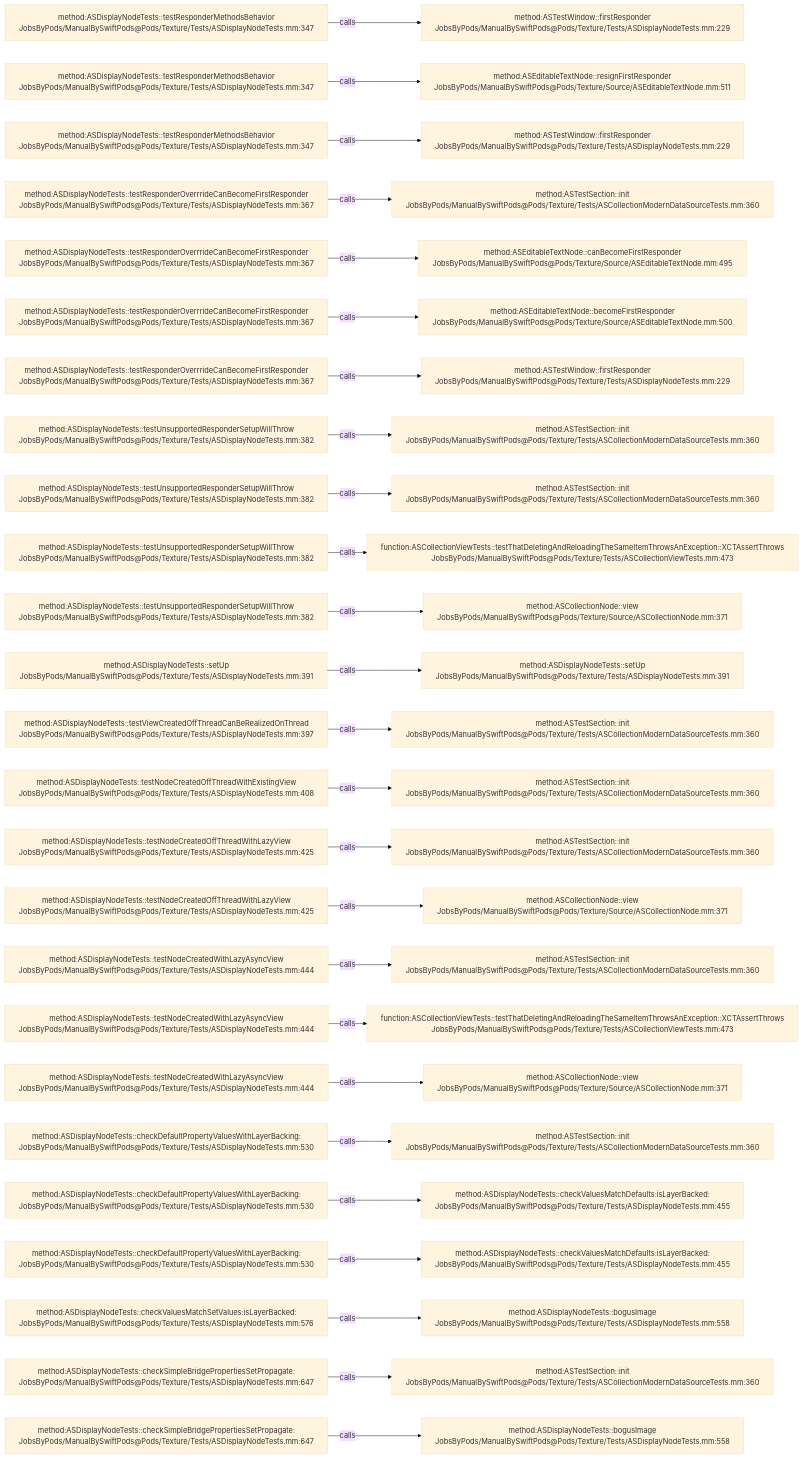
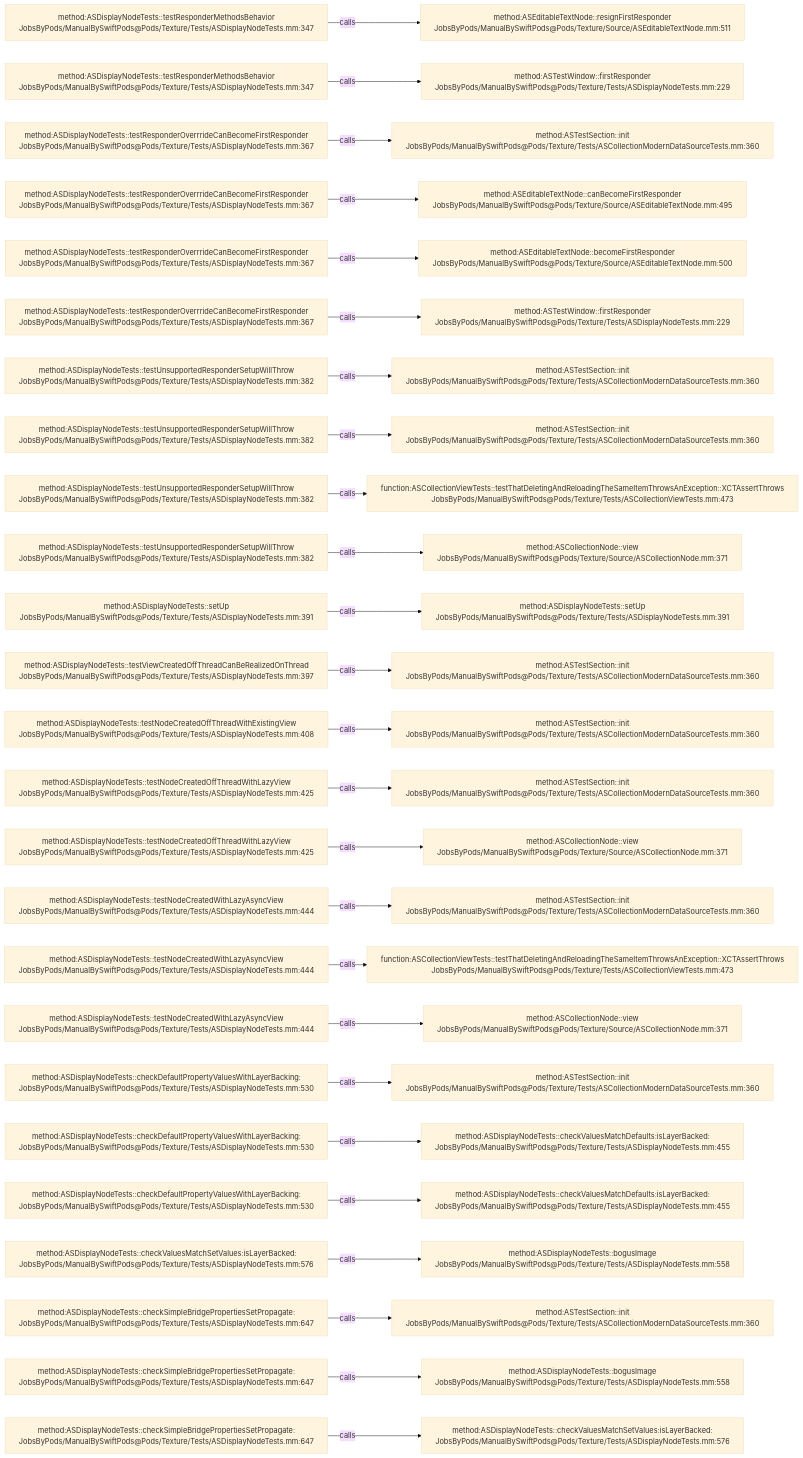
One commit to JobsKits/JobsSwiftBaseConfigDemo changed the diagram in .codegraph/codegraph.md/graphs/calls-187.md. Above: the diagram before and after it, drawn with Mermaid (base theme). The commit also changed 747 other files, not shown here.

````diff
--- a/.codegraph/codegraph.md/graphs/calls-187.md
+++ b/.codegraph/codegraph.md/graphs/calls-187.md
@@ -13,78 +13,78 @@
 ```mermaid
 flowchart LR
   S1["method:ASDisplayNodeTests::testResponderMethodsBehavior<br/>JobsByPods/ManualBySwiftPods@Pods/Texture/Tests/ASDisplayNodeTests.mm:347"]
-  T1["method:ASTestWindow::firstResponder<br/>JobsByPods/ManualBySwiftPods@Pods/Texture/Tests/ASDisplayNodeTests.mm:229"]
+  T1["method:ASEditableTextNode::resignFirstResponder<br/>JobsByPods/ManualBySwiftPods@Pods/Texture/Source/ASEditableTextNode.mm:511"]
   S1 -->|calls| T1
   S2["method:ASDisplayNodeTests::testResponderMethodsBehavior<br/>JobsByPods/ManualBySwiftPods@Pods/Texture/Tests/ASDisplayNodeTests.mm:347"]
-  T2["method:ASEditableTextNode::resignFirstResponder<br/>JobsByPods/ManualBySwiftPods@Pods/Texture/Source/ASEditableTextNode.mm:511"]
+  T2["method:ASTestWindow::firstResponder<br/>JobsByPods/ManualBySwiftPods@Pods/Texture/Tests/ASDisplayNodeTests.mm:229"]
   S2 -->|calls| T2
-  S3["method:ASDisplayNodeTests::testResponderMethodsBehavior<br/>JobsByPods/ManualBySwiftPods@Pods/Texture/Tests/ASDisplayNodeTests.mm:347"]
-  T3["method:ASTestWindow::firstResponder<br/>JobsByPods/ManualBySwiftPods@Pods/Texture/Tests/ASDisplayNodeTests.mm:229"]
+  S3["method:ASDisplayNodeTests::testResponderOverrrideCanBecomeFirstResponder<br/>JobsByPods/ManualBySwiftPods@Pods/Texture/Tests/ASDisplayNodeTests.mm:367"]
+  T3["method:ASTestSection::init<br/>JobsByPods/ManualBySwiftPods@Pods/Texture/Tests/ASCollectionModernDataSourceTests.mm:360"]
   S3 -->|calls| T3
   S4["method:ASDisplayNodeTests::testResponderOverrrideCanBecomeFirstResponder<br/>JobsByPods/ManualBySwiftPods@Pods/Texture/Tests/ASDisplayNodeTests.mm:367"]
-  T4["method:ASTestSection::init<br/>JobsByPods/ManualBySwiftPods@Pods/Texture/Tests/ASCollectionModernDataSourceTests.mm:360"]
+  T4["method:ASEditableTextNode::canBecomeFirstResponder<br/>JobsByPods/ManualBySwiftPods@Pods/Texture/Source/ASEditableTextNode.mm:495"]
   S4 -->|calls| T4
   S5["method:ASDisplayNodeTests::testResponderOverrrideCanBecomeFirstResponder<br/>JobsByPods/ManualBySwiftPods@Pods/Texture/Tests/ASDisplayNodeTests.mm:367"]
-  T5["method:ASEditableTextNode::canBecomeFirstResponder<br/>JobsByPods/ManualBySwiftPods@Pods/Texture/Source/ASEditableTextNode.mm:495"]
+  T5["method:ASEditableTextNode::becomeFirstResponder<br/>JobsByPods/ManualBySwiftPods@Pods/Texture/Source/ASEditableTextNode.mm:500"]
   S5 -->|calls| T5
   S6["method:ASDisplayNodeTests::testResponderOverrrideCanBecomeFirstResponder<br/>JobsByPods/ManualBySwiftPods@Pods/Texture/Tests/ASDisplayNodeTests.mm:367"]
-  T6["method:ASEditableTextNode::becomeFirstResponder<br/>JobsByPods/ManualBySwiftPods@Pods/Texture/Source/ASEditableTextNode.mm:500"]
+  T6["method:ASTestWindow::firstResponder<br/>JobsByPods/ManualBySwiftPods@Pods/Texture/Tests/ASDisplayNodeTests.mm:229"]
   S6 -->|calls| T6
-  S7["method:ASDisplayNodeTests::testResponderOverrrideCanBecomeFirstResponder<br/>JobsByPods/ManualBySwiftPods@Pods/Texture/Tests/ASDisplayNodeTests.mm:367"]
-  T7["method:ASTestWindow::firstResponder<br/>JobsByPods/ManualBySwiftPods@Pods/Texture/Tests/ASDisplayNodeTests.mm:229"]
+  S7["method:ASDisplayNodeTests::testUnsupportedResponderSetupWillThrow<br/>JobsByPods/ManualBySwiftPods@Pods/Texture/Tests/ASDisplayNodeTests.mm:382"]
+  T7["method:ASTestSection::init<br/>JobsByPods/ManualBySwiftPods@Pods/Texture/Tests/ASCollectionModernDataSourceTests.mm:360"]
   S7 -->|calls| T7
   S8["method:ASDisplayNodeTests::testUnsupportedResponderSetupWillThrow<br/>JobsByPods/ManualBySwiftPods@Pods/Texture/Tests/ASDisplayNodeTests.mm:382"]
   T8["method:ASTestSection::init<br/>JobsByPods/ManualBySwiftPods@Pods/Texture/Tests/ASCollectionModernDataSourceTests.mm:360"]
   S8 -->|calls| T8
   S9["method:ASDisplayNodeTests::testUnsupportedResponderSetupWillThrow<br/>JobsByPods/ManualBySwiftPods@Pods/Texture/Tests/ASDisplayNodeTests.mm:382"]
-  T9["method:ASTestSection::init<br/>JobsByPods/ManualBySwiftPods@Pods/Texture/Tests/ASCollectionModernDataSourceTests.mm:360"]
+  T9["function:ASCollectionViewTests::testThatDeletingAndReloadingTheSameItemThrowsAnException::XCTAssertThrows<br/>JobsByPods/ManualBySwiftPods@Pods/Texture/Tests/ASCollectionViewTests.mm:473"]
   S9 -->|calls| T9
   S10["method:ASDisplayNodeTests::testUnsupportedResponderSetupWillThrow<br/>JobsByPods/ManualBySwiftPods@Pods/Texture/Tests/ASDisplayNodeTests.mm:382"]
-  T10["function:ASCollectionViewTests::testThatDeletingAndReloadingTheSameItemThrowsAnException::XCTAssertThrows<br/>JobsByPods/ManualBySwiftPods@Pods/Texture/Tests/ASCollectionViewTests.mm:473"]
+  T10["method:ASCollectionNode::view<br/>JobsByPods/ManualBySwiftPods@Pods/Texture/Source/ASCollectionNode.mm:371"]
   S10 -->|calls| T10
-  S11["method:ASDisplayNodeTests::testUnsupportedResponderSetupWillThrow<br/>JobsByPods/ManualBySwiftPods@Pods/Texture/Tests/ASDisplayNodeTests.mm:382"]
-  T11["method:ASCollectionNode::view<br/>JobsByPods/ManualBySwiftPods@Pods/Texture/Source/ASCollectionNode.mm:371"]
+  S11["method:ASDisplayNodeTests::setUp<br/>JobsByPods/ManualBySwiftPods@Pods/Texture/Tests/ASDisplayNodeTests.mm:391"]
+  T11["method:ASDisplayNodeTests::setUp<br/>JobsByPods/ManualBySwiftPods@Pods/Texture/Tests/ASDisplayNodeTests.mm:391"]
   S11 -->|calls| T11
-  S12["method:ASDisplayNodeTests::setUp<br/>JobsByPods/ManualBySwiftPods@Pods/Texture/Tests/ASDisplayNodeTests.mm:391"]
-  T12["method:ASDisplayNodeTests::setUp<br/>JobsByPods/ManualBySwiftPods@Pods/Texture/Tests/ASDisplayNodeTests.mm:391"]
+  S12["method:ASDisplayNodeTests::testViewCreatedOffThreadCanBeRealizedOnThread<br/>JobsByPods/ManualBySwiftPods@Pods/Texture/Tests/ASDisplayNodeTests.mm:397"]
+  T12["method:ASTestSection::init<br/>JobsByPods/ManualBySwiftPods@Pods/Texture/Tests/ASCollectionModernDataSourceTests.mm:360"]
   S12 -->|calls| T12
-  S13["method:ASDisplayNodeTests::testViewCreatedOffThreadCanBeRealizedOnThread<br/>JobsByPods/ManualBySwiftPods@Pods/Texture/Tests/ASDisplayNodeTests.mm:397"]
+  S13["method:ASDisplayNodeTests::testNodeCreatedOffThreadWithExistingView<br/>JobsByPods/ManualBySwiftPods@Pods/Texture/Tests/ASDisplayNodeTests.mm:408"]
   T13["method:ASTestSection::init<br/>JobsByPods/ManualBySwiftPods@Pods/Texture/Tests/ASCollectionModernDataSourceTests.mm:360"]
   S13 -->|calls| T13
-  S14["method:ASDisplayNodeTests::testNodeCreatedOffThreadWithExistingView<br/>JobsByPods/ManualBySwiftPods@Pods/Texture/Tests/ASDisplayNodeTests.mm:408"]
+  S14["method:ASDisplayNodeTests::testNodeCreatedOffThreadWithLazyView<br/>JobsByPods/ManualBySwiftPods@Pods/Texture/Tests/ASDisplayNodeTests.mm:425"]
   T14["method:ASTestSection::init<br/>JobsByPods/ManualBySwiftPods@Pods/Texture/Tests/ASCollectionModernDataSourceTests.mm:360"]
   S14 -->|calls| T14
   S15["method:ASDisplayNodeTests::testNodeCreatedOffThreadWithLazyView<br/>JobsByPods/ManualBySwiftPods@Pods/Texture/Tests/ASDisplayNodeTests.mm:425"]
-  T15["method:ASTestSection::init<br/>JobsByPods/ManualBySwiftPods@Pods/Texture/Tests/ASCollectionModernDataSourceTests.mm:360"]
+  T15["method:ASCollectionNode::view<br/>JobsByPods/ManualBySwiftPods@Pods/Texture/Source/ASCollectionNode.mm:371"]
   S15 -->|calls| T15
-  S16["method:ASDisplayNodeTests::testNodeCreatedOffThreadWithLazyView<br/>JobsByPods/ManualBySwiftPods@Pods/Texture/Tests/ASDisplayNodeTests.mm:425"]
-  T16["method:ASCollectionNode::view<br/>JobsByPods/ManualBySwiftPods@Pods/Texture/Source/ASCollectionNode.mm:371"]
+  S16["method:ASDisplayNodeTests::testNodeCreatedWithLazyAsyncView<br/>JobsByPods/ManualBySwiftPods@Pods/Texture/Tests/ASDisplayNodeTests.mm:444"]
+  T16["method:ASTestSection::init<br/>JobsByPods/ManualBySwiftPods@Pods/Texture/Tests/ASCollectionModernDataSourceTests.mm:360"]
   S16 -->|calls| T16
   S17["method:ASDisplayNodeTests::testNodeCreatedWithLazyAsyncView<br/>JobsByPods/ManualBySwiftPods@Pods/Texture/Tests/ASDisplayNodeTests.mm:444"]
-  T17["method:ASTestSection::init<br/>JobsByPods/ManualBySwiftPods@Pods/Texture/Tests/ASCollectionModernDataSourceTests.mm:360"]
+  T17["function:ASCollectionViewTests::testThatDeletingAndReloadingTheSameItemThrowsAnException::XCTAssertThrows<br/>JobsByPods/ManualBySwiftPods@Pods/Texture/Tests/ASCollectionViewTests.mm:473"]
   S17 -->|calls| T17
   S18["method:ASDisplayNodeTests::testNodeCreatedWithLazyAsyncView<br/>JobsByPods/ManualBySwiftPods@Pods/Texture/Tests/ASDisplayNodeTests.mm:444"]
-  T18["function:ASCollectionViewTests::testThatDeletingAndReloadingTheSameItemThrowsAnException::XCTAssertThrows<br/>JobsByPods/ManualBySwiftPods@Pods/Texture/Tests/ASCollectionViewTests.mm:473"]
+  T18["method:ASCollectionNode::view<br/>JobsByPods/ManualBySwiftPods@Pods/Texture/Source/ASCollectionNode.mm:371"]
   S18 -->|calls| T18
-  S19["method:ASDisplayNodeTests::testNodeCreatedWithLazyAsyncView<br/>JobsByPods/ManualBySwiftPods@Pods/Texture/Tests/ASDisplayNodeTests.mm:444"]
-  T19["method:ASCollectionNode::view<br/>JobsByPods/ManualBySwiftPods@Pods/Texture/Source/ASCollectionNode.mm:371"]
+  S19["method:ASDisplayNodeTests::checkDefaultPropertyValuesWithLayerBacking:<br/>JobsByPods/ManualBySwiftPods@Pods/Texture/Tests/ASDisplayNodeTests.mm:530"]
+  T19["method:ASTestSection::init<br/>JobsByPods/ManualBySwiftPods@Pods/Texture/Tests/ASCollectionModernDataSourceTests.mm:360"]
   S19 -->|calls| T19
   S20["method:ASDisplayNodeTests::checkDefaultPropertyValuesWithLayerBacking:<br/>JobsByPods/ManualBySwiftPods@Pods/Texture/Tests/ASDisplayNodeTests.mm:530"]
-  T20["method:ASTestSection::init<br/>JobsByPods/ManualBySwiftPods@Pods/Texture/Tests/ASCollectionModernDataSourceTests.mm:360"]
+  T20["method:ASDisplayNodeTests::checkValuesMatchDefaults:isLayerBacked:<br/>JobsByPods/ManualBySwiftPods@Pods/Texture/Tests/ASDisplayNodeTests.mm:455"]
   S20 -->|calls| T20
   S21["method:ASDisplayNodeTests::checkDefaultPropertyValuesWithLayerBacking:<br/>JobsByPods/ManualBySwiftPods@Pods/Texture/Tests/ASDisplayNodeTests.mm:530"]
   T21["method:ASDisplayNodeTests::checkValuesMatchDefaults:isLayerBacked:<br/>JobsByPods/ManualBySwiftPods@Pods/Texture/Tests/ASDisplayNodeTests.mm:455"]
   S21 -->|calls| T21
-  S22["method:ASDisplayNodeTests::checkDefaultPropertyValuesWithLayerBacking:<br/>JobsByPods/ManualBySwiftPods@Pods/Texture/Tests/ASDisplayNodeTests.mm:530"]
-  T22["method:ASDisplayNodeTests::checkValuesMatchDefaults:isLayerBacked:<br/>JobsByPods/ManualBySwiftPods@Pods/Texture/Tests/ASDisplayNodeTests.mm:455"]
+  S22["method:ASDisplayNodeTests::checkValuesMatchSetValues:isLayerBacked:<br/>JobsByPods/ManualBySwiftPods@Pods/Texture/Tests/ASDisplayNodeTests.mm:576"]
+  T22["method:ASDisplayNodeTests::bogusImage<br/>JobsByPods/ManualBySwiftPods@Pods/Texture/Tests/ASDisplayNodeTests.mm:558"]
   S22 -->|calls| T22
-  S23["method:ASDisplayNodeTests::checkValuesMatchSetValues:isLayerBacked:<br/>JobsByPods/ManualBySwiftPods@Pods/Texture/Tests/ASDisplayNodeTests.mm:576"]
-  T23["method:ASDisplayNodeTests::bogusImage<br/>JobsByPods/ManualBySwiftPods@Pods/Texture/Tests/ASDisplayNodeTests.mm:558"]
+  S23["method:ASDisplayNodeTests::checkSimpleBridgePropertiesSetPropagate:<br/>JobsByPods/ManualBySwiftPods@Pods/Texture/Tests/ASDisplayNodeTests.mm:647"]
+  T23["method:ASTestSection::init<br/>JobsByPods/ManualBySwiftPods@Pods/Texture/Tests/ASCollectionModernDataSourceTests.mm:360"]
   S23 -->|calls| T23
   S24["method:ASDisplayNodeTests::checkSimpleBridgePropertiesSetPropagate:<br/>JobsByPods/ManualBySwiftPods@Pods/Texture/Tests/ASDisplayNodeTests.mm:647"]
-  T24["method:ASTestSection::init<br/>JobsByPods/ManualBySwiftPods@Pods/Texture/Tests/ASCollectionModernDataSourceTests.mm:360"]
+  T24["method:ASDisplayNodeTests::bogusImage<br/>JobsByPods/ManualBySwiftPods@Pods/Texture/Tests/ASDisplayNodeTests.mm:558"]
   S24 -->|calls| T24
   S25["method:ASDisplayNodeTests::checkSimpleBridgePropertiesSetPropagate:<br/>JobsByPods/ManualBySwiftPods@Pods/Texture/Tests/ASDisplayNodeTests.mm:647"]
-  T25["method:ASDisplayNodeTests::bogusImage<br/>JobsByPods/ManualBySwiftPods@Pods/Texture/Tests/ASDisplayNodeTests.mm:558"]
+  T25["method:ASDisplayNodeTests::checkValuesMatchSetValues:isLayerBacked:<br/>JobsByPods/ManualBySwiftPods@Pods/Texture/Tests/ASDisplayNodeTests.mm:576"]
   S25 -->|calls| T25
 ```
````
